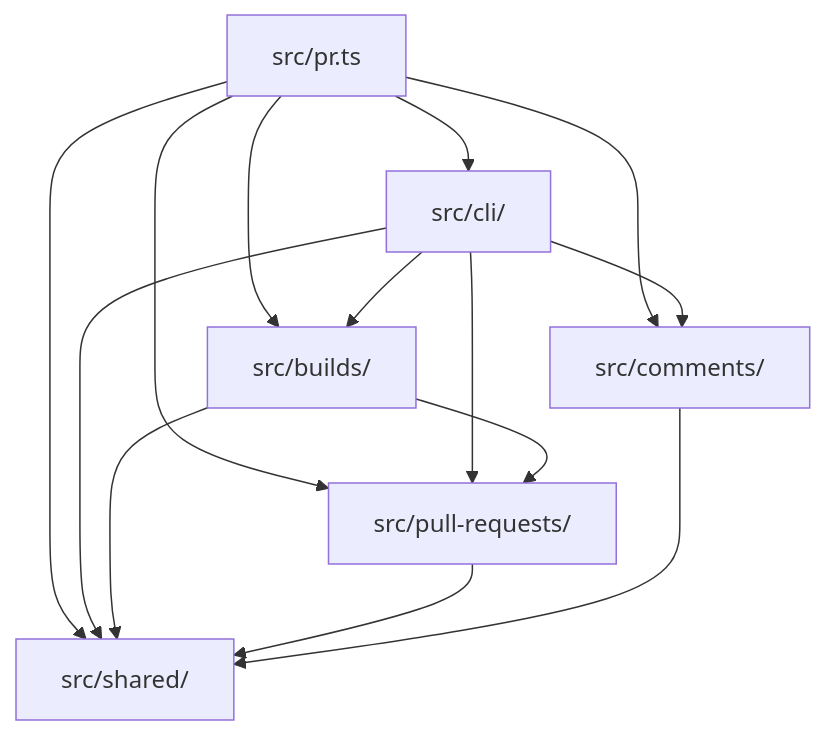
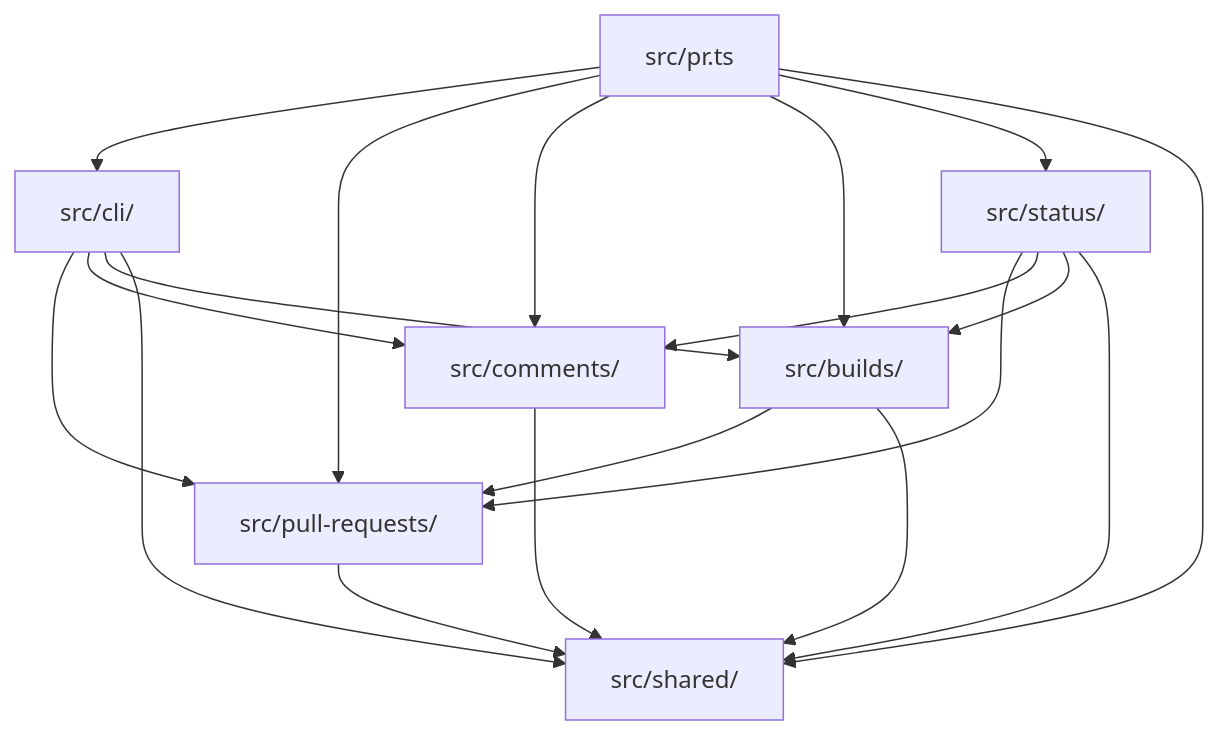
The second of 2 diagrams in docs/architecture.md (remshams/ado-pr), drawn with Mermaid before and after one commit. The commit also changed other lines of this file and 1 other file, not shown here.

Commit message:
docs(Architecture): add the status module

````diff
--- a/docs/architecture.md
+++ b/docs/architecture.md
@@ -56,16 +59,21 @@
 ```mermaid
 flowchart TD
     Entry[src/pr.ts] --> CLI[src/cli/]
     Entry --> PR[src/pull-requests/]
     Entry --> Comments[src/comments/]
     Entry --> Builds[src/builds/]
+    Entry --> Status[src/status/]
     Entry --> Shared[src/shared/]
     CLI --> PR
     CLI --> Comments
     CLI --> Builds
     CLI --> Shared
+    Status --> PR
+    Status --> Comments
+    Status --> Builds
+    Status --> Shared
     Builds --> PR
     Builds --> Shared
     PR --> Shared
     Comments --> Shared
 ```
````
